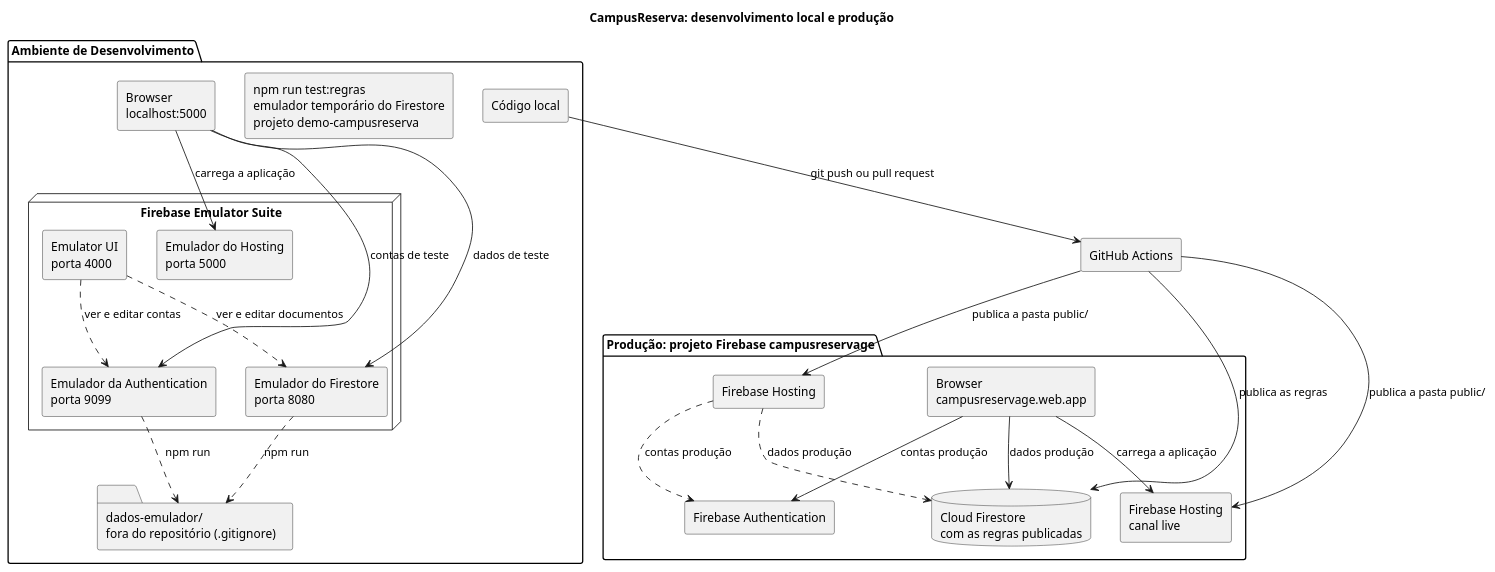
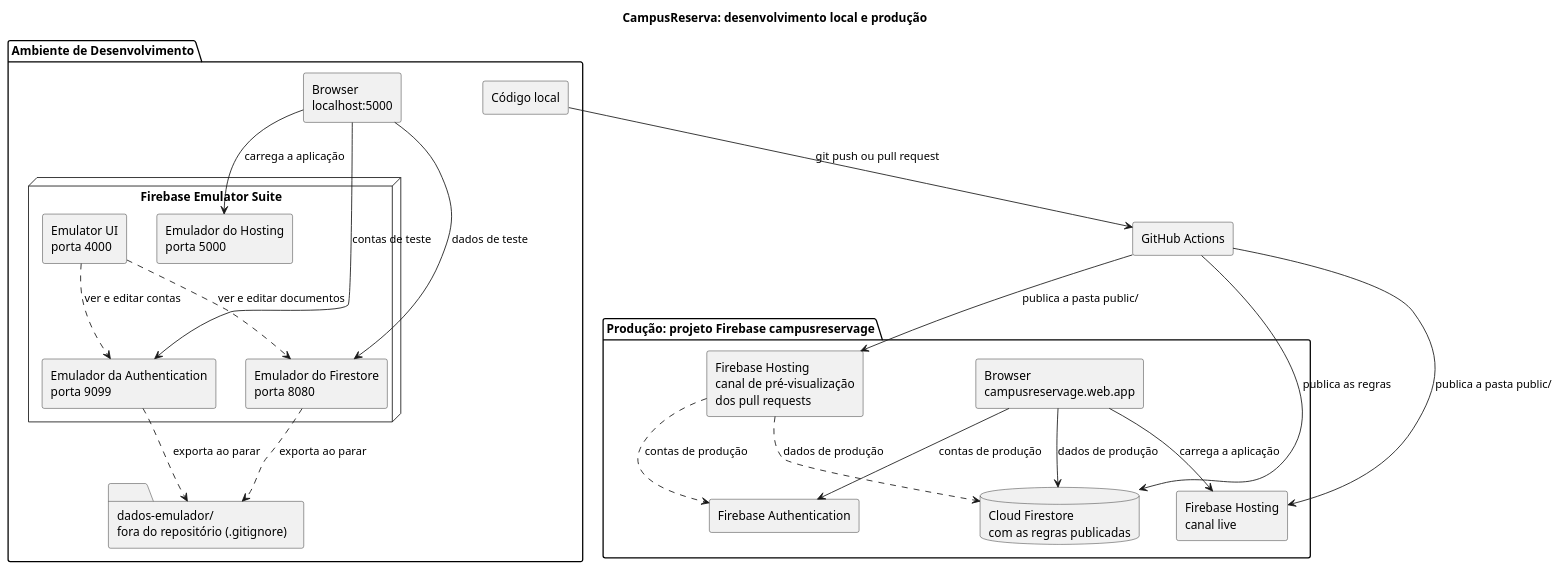
Before and after one commit to diogofcpereira/CampusReserva: the diagram in docs/diagramas/ambientes.puml, drawn with PlantUML. The commit also changed 7 other files, not shown here.

```diff
--- a/docs/diagramas/ambientes.puml
+++ b/docs/diagramas/ambientes.puml
@@ -1,53 +1,53 @@
 @startuml ambientes
 
 title CampusReserva: desenvolvimento local e produção
 
 skinparam monochrome true
 skinparam shadowing false
 skinparam componentStyle rectangle
 
 package "Ambiente de Desenvolvimento" as dev {
   component "Browser\nlocalhost:5000" as bdev
 
   node "Firebase Emulator Suite" as emu {
     component "Emulador do Hosting\nporta 5000" as ehost
     component "Emulador da Authentication\nporta 9099" as eauth
     component "Emulador do Firestore\nporta 8080" as efs
     component "Emulator UI\nporta 4000" as eui
   }
 
   folder "dados-emulador/\nfora do repositório (.gitignore)" as dados
-  component "npm run test:regras\nemulador temporário do Firestore\nprojeto demo-campusreserva" as testes
   component "Código local" as codigo
 }
 
 component "GitHub Actions" as ci
 
 package "Produção: projeto Firebase campusreservage" as prod {
   component "Browser\ncampusreservage.web.app" as bprod
   component "Firebase Hosting\ncanal live" as phost
-  component "Firebase Hosting" as pprev
+  component "Firebase Hosting\ncanal de pré-visualização\ndos pull requests" as pprev
   component "Firebase Authentication" as pauth
   database "Cloud Firestore\ncom as regras publicadas" as pfs
 }
 
 bdev --> ehost : carrega a aplicação
 bdev --> eauth : contas de teste
 bdev --> efs : dados de teste
 eui ..> eauth : ver e editar contas
 eui ..> efs : ver e editar documentos
-eauth ..> dados : npm run
-efs ..> dados : npm run
+eauth ..> dados : exporta ao parar
+efs ..> dados : exporta ao parar
 
 bprod --> phost : carrega a aplicação
-bprod --> pauth : contas produção
-bprod --> pfs : dados produção
-pprev ..> pauth : contas produção
-pprev ..> pfs : dados produção
+bprod --> pauth : contas de produção
+bprod --> pfs : dados de produção
+pprev ..> pauth : contas de produção
+pprev ..> pfs : dados de produção
 
 codigo --> ci : git push ou pull request
 ci --> pfs : publica as regras
 ci --> phost : publica a pasta public/
 ci --> pprev : publica a pasta public/
 
+
 @enduml
```
